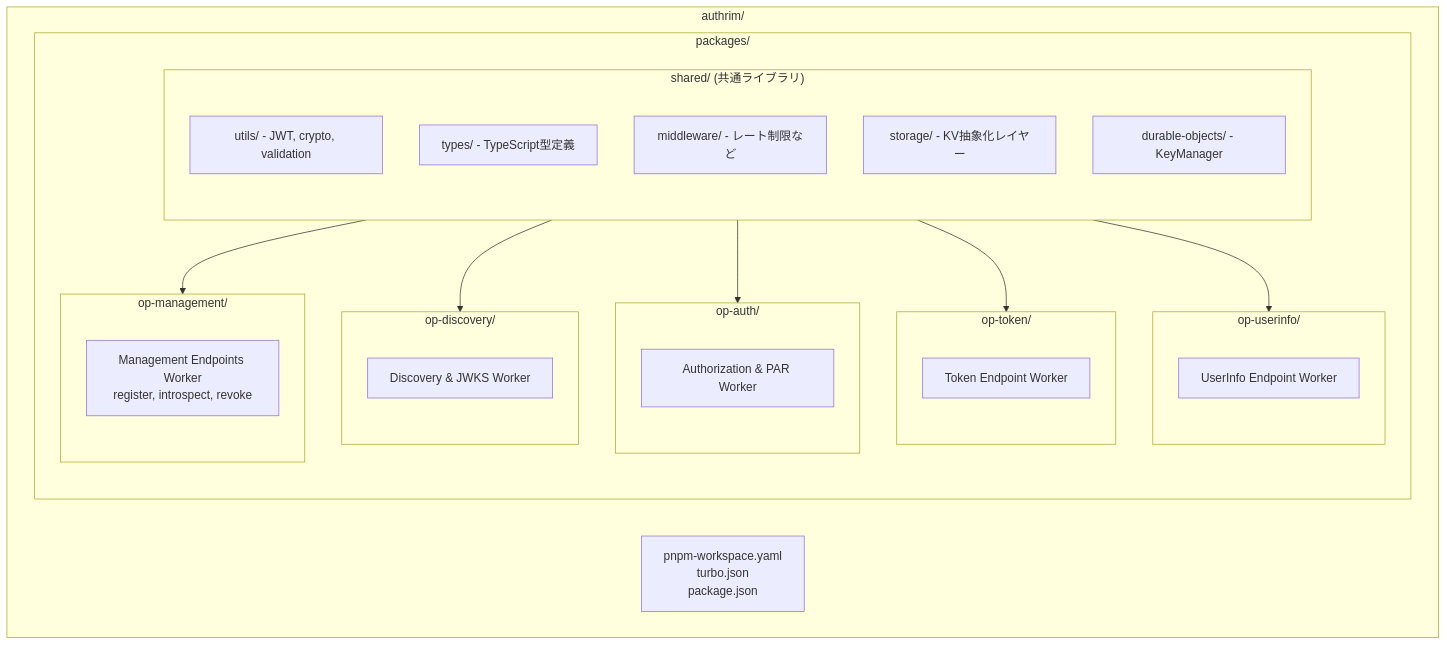
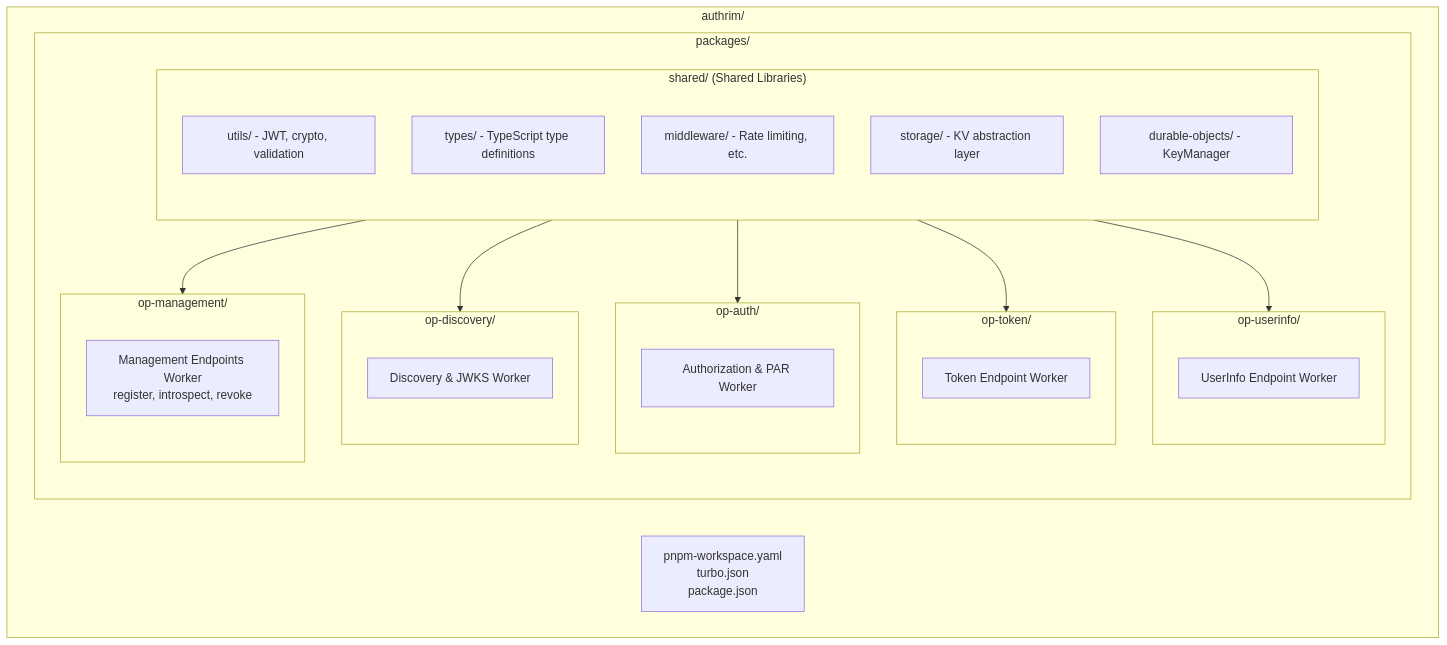
One commit to sgrastar/authrim changed the first of 2 diagrams in docs/architecture/workers.md. Above: the diagram before and after it, drawn with Mermaid. The commit also changed other lines of this file and 23 other files, not shown here.

First line of the commit message:
docs: Translate all Japanese documentation to English and convert ASCII diagrams to Mermaid

````diff
--- a/docs/architecture/workers.md
+++ b/docs/architecture/workers.md
@@ -7,42 +7,42 @@
 ```mermaid
 graph TB
     subgraph Root["authrim/"]
         subgraph Packages["packages/"]
-            subgraph Shared["shared/ (共通ライブラリ)"]
+            subgraph Shared["shared/ (Shared Libraries)"]
                 S_Utils["utils/ - JWT, crypto, validation"]
-                S_Types["types/ - TypeScript型定義"]
-                S_MW["middleware/ - レート制限など"]
-                S_Storage["storage/ - KV抽象化レイヤー"]
+                S_Types["types/ - TypeScript type definitions"]
+                S_MW["middleware/ - Rate limiting, etc."]
+                S_Storage["storage/ - KV abstraction layer"]
                 S_DO["durable-objects/ - KeyManager"]
             end
 
             subgraph Discovery["op-discovery/"]
                 D_Desc["Discovery & JWKS Worker"]
             end
 
             subgraph Auth["op-auth/"]
                 A_Desc["Authorization & PAR Worker"]
             end
 
             subgraph Token["op-token/"]
                 T_Desc["Token Endpoint Worker"]
             end
 
             subgraph UserInfo["op-userinfo/"]
                 U_Desc["UserInfo Endpoint Worker"]
             end
 
             subgraph Management["op-management/"]
                 M_Desc["Management Endpoints Worker<br/>register, introspect, revoke"]
             end
         end
 
         Config["pnpm-workspace.yaml<br/>turbo.json<br/>package.json"]
     end
 
     Shared --> Discovery
     Shared --> Auth
     Shared --> Token
     Shared --> UserInfo
     Shared --> Management
 ```
````
